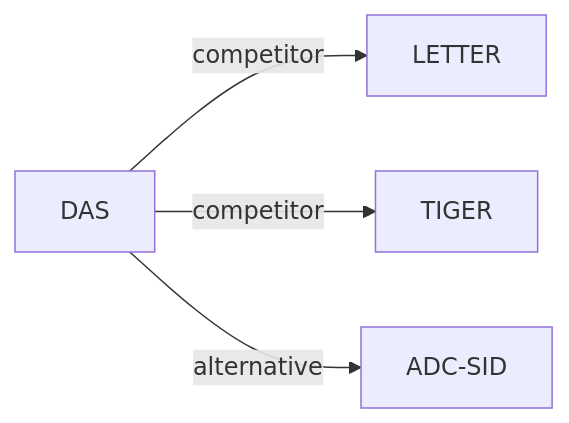
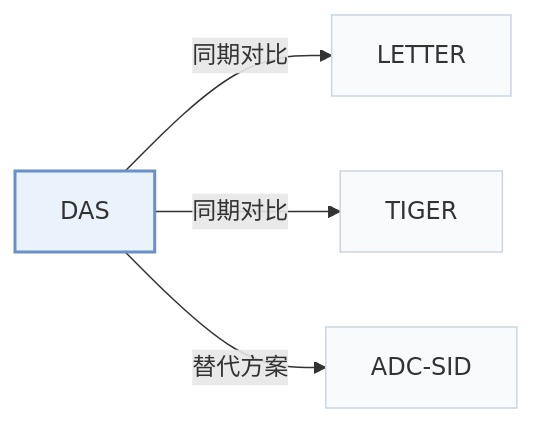
The second of 2 diagrams in pages/zh/papers/das.md (Galaxy-ghost/Awesome-SID-Generative-Rec), drawn with Mermaid before and after one commit. The commit also changed other lines of this file and 649 other files, not shown here.

Commit message:
writer-05: also tags and modality index (schema, check, build, visuals); summary field removed; calibration data for 12 papers

````diff
--- a/pages/zh/papers/das.md
+++ b/pages/zh/papers/das.md
@@ -67,7 +74,11 @@
 ```mermaid
 flowchart LR
     P["DAS"]
-    P -->|competitor| A["LETTER"]
-    P -->|competitor| B["TIGER"]
-    P -->|alternative| C["ADC-SID"]
+    P -->|"同期对比"| A["LETTER"]
+    P -->|"同期对比"| B["TIGER"]
+    P -->|"替代方案"| C["ADC-SID"]
+    classDef main fill:#eaf2fb,stroke:#6b8fc7,stroke-width:2px
+    classDef peer fill:#f8fafc,stroke:#cbd5e1
+    class P main
+    class A,B,C peer
 ```
````
